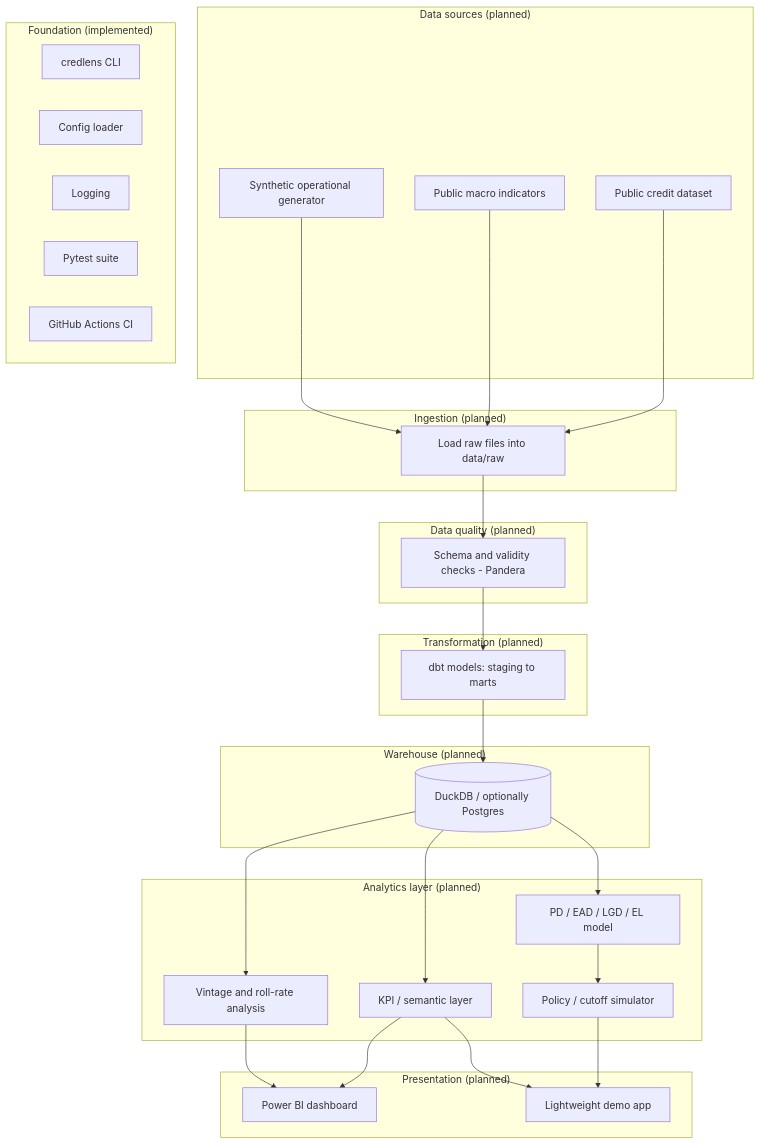
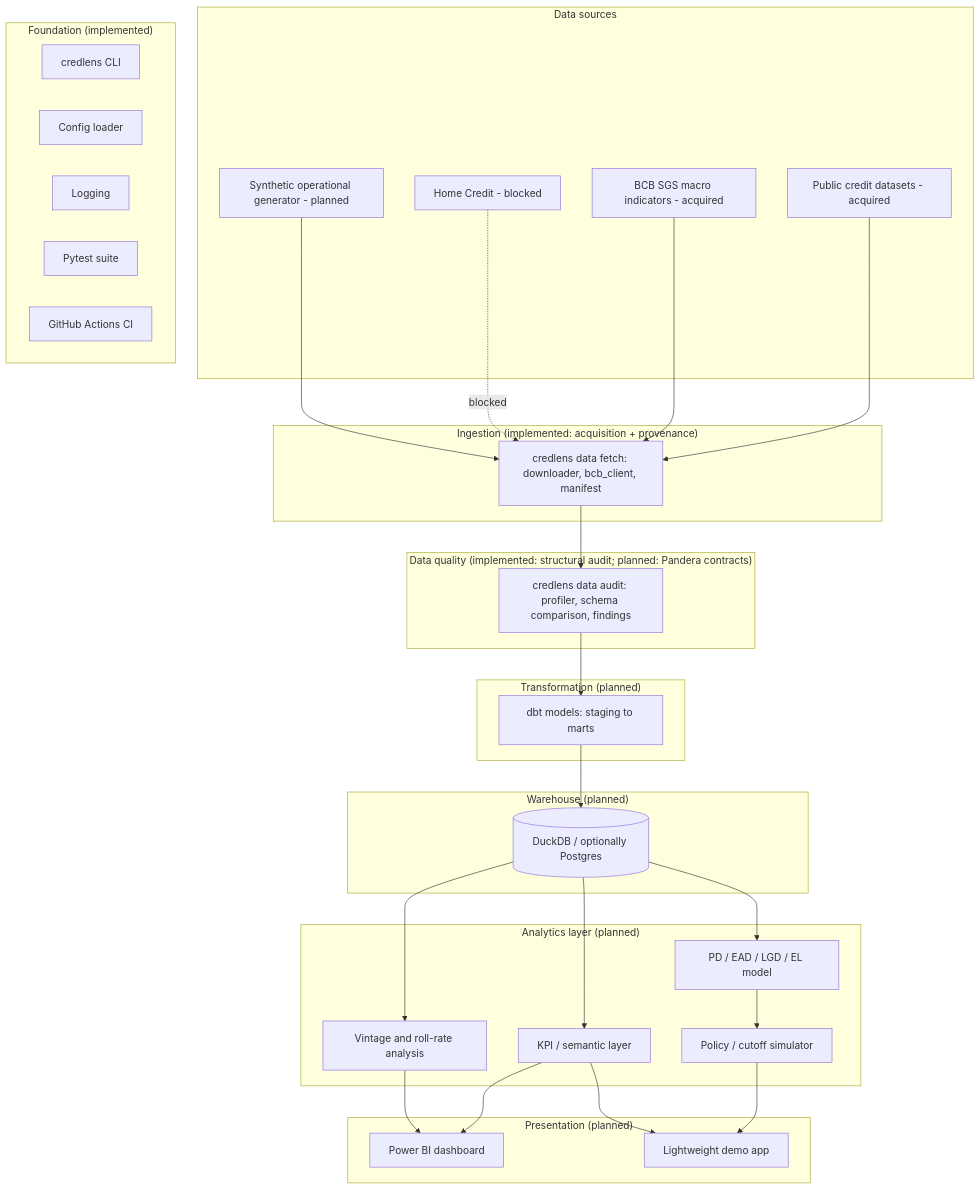
Before and after one commit to FilipePessoa30/CredLens: the diagram in docs/architecture.md, drawn with Mermaid. The commit also changed other lines of this file and 56 other files, not shown here.

````diff
--- a/docs/architecture.md
+++ b/docs/architecture.md
@@ -7,59 +7,61 @@
 ```mermaid
 flowchart TB
-    subgraph Sources["Data sources (planned)"]
-        PUB[Public credit dataset]
-        MACRO[Public macro indicators]
-        SYN[Synthetic operational generator]
+    subgraph Sources["Data sources"]
+        PUB[Public credit datasets - acquired]
+        MACRO[BCB SGS macro indicators - acquired]
+        KAG[Home Credit - blocked]
+        SYN[Synthetic operational generator - planned]
     end
 
-    subgraph Ingestion["Ingestion (planned)"]
-        ING[Load raw files into data/raw]
+    subgraph Ingestion["Ingestion (implemented: acquisition + provenance)"]
+        ING[credlens data fetch: downloader, bcb_client, manifest]
     end
 
-    subgraph Quality["Data quality (planned)"]
-        DQ[Schema and validity checks - Pandera]
+    subgraph Quality["Data quality (implemented: structural audit; planned: Pandera contracts)"]
+        DQ[credlens data audit: profiler, schema comparison, findings]
     end
 
     subgraph Transform["Transformation (planned)"]
         DBT[dbt models: staging to marts]
     end
 
     subgraph Warehouse["Warehouse (planned)"]
         DW[(DuckDB / optionally Postgres)]
     end
 
     subgraph Analytics["Analytics layer (planned)"]
         KPI[KPI / semantic layer]
         VIN[Vintage and roll-rate analysis]
         RISK[PD / EAD / LGD / EL model]
         SIM[Policy / cutoff simulator]
     end
 
     subgraph Presentation["Presentation (planned)"]
         BI[Power BI dashboard]
         APP[Lightweight demo app]
     end
 
     subgraph Foundation["Foundation (implemented)"]
         CLI[credlens CLI]
         CFG[Config loader]
         LOG[Logging]
         TEST[Pytest suite]
         CI[GitHub Actions CI]
     end
 
     PUB --> ING
     MACRO --> ING
+    KAG -.blocked.-> ING
     SYN --> ING
     ING --> DQ
     DQ --> DBT
     DBT --> DW
     DW --> KPI
     DW --> VIN
     DW --> RISK
     RISK --> SIM
     KPI --> BI
     VIN --> BI
     SIM --> APP
     KPI --> APP
 ```
````
